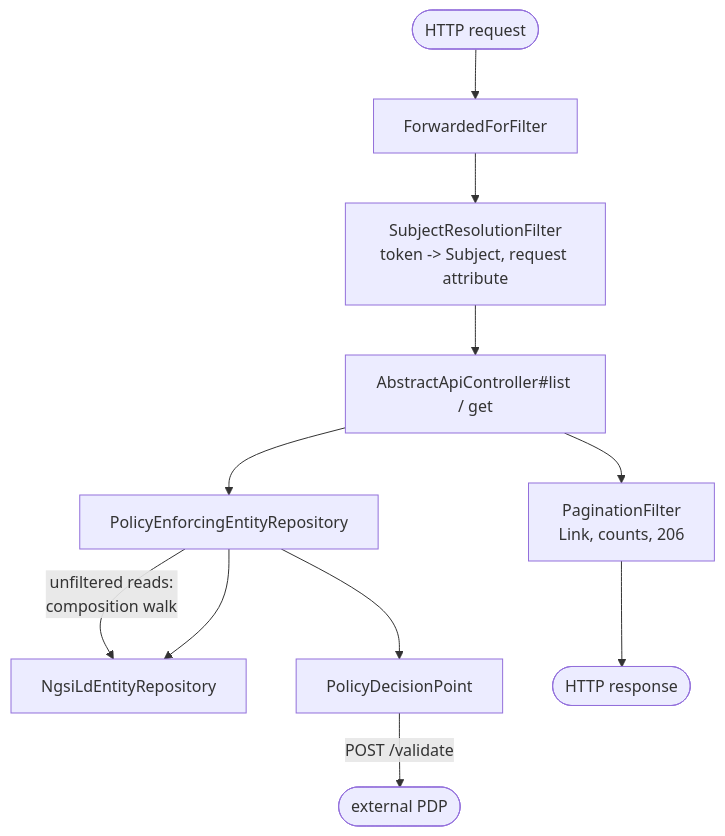
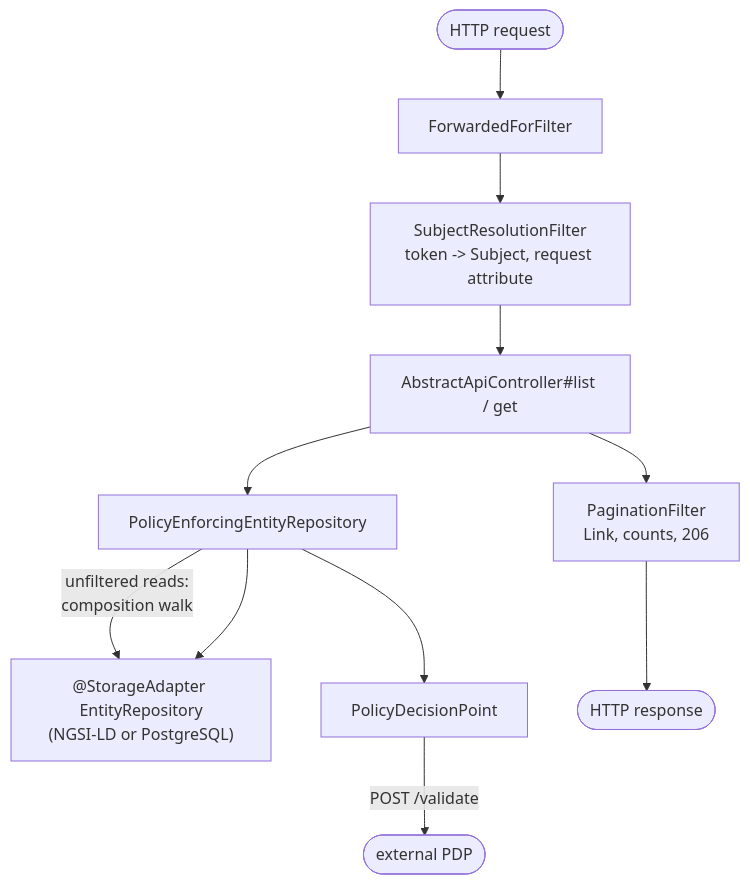
The diagram in doc/access-policies/ARCHITECTURE.md (FIWARE/tmforum-api), drawn with Mermaid before and after one commit. The commit also changed other lines of this file and 10 other files, not shown here.

First line of the commit message:
Ticket 180: @StorageAdapter qualifier and env-only adapter selection

````diff
--- a/doc/access-policies/ARCHITECTURE.md
+++ b/doc/access-policies/ARCHITECTURE.md
@@ -61,13 +61,13 @@
 ```mermaid
 flowchart TD
   req([HTTP request]) --> fff[ForwardedForFilter]
   fff --> srf[SubjectResolutionFilter<br/>token -> Subject, request attribute]
   srf --> ctl["AbstractApiController#list / get"]
   ctl --> dec[PolicyEnforcingEntityRepository]
-  dec -->|unfiltered reads:<br/>composition walk| ngsi[NgsiLdEntityRepository]
-  dec --> ngsi
+  dec -->|unfiltered reads:<br/>composition walk| adapter["@StorageAdapter EntityRepository<br/>(NGSI-LD or PostgreSQL)"]
+  dec --> adapter
   dec --> pdp[PolicyDecisionPoint]
   pdp -->|POST /validate| ext([external PDP])
   ctl --> pf[PaginationFilter<br/>Link, counts, 206]
   pf --> resp([HTTP response])
 ```
````
